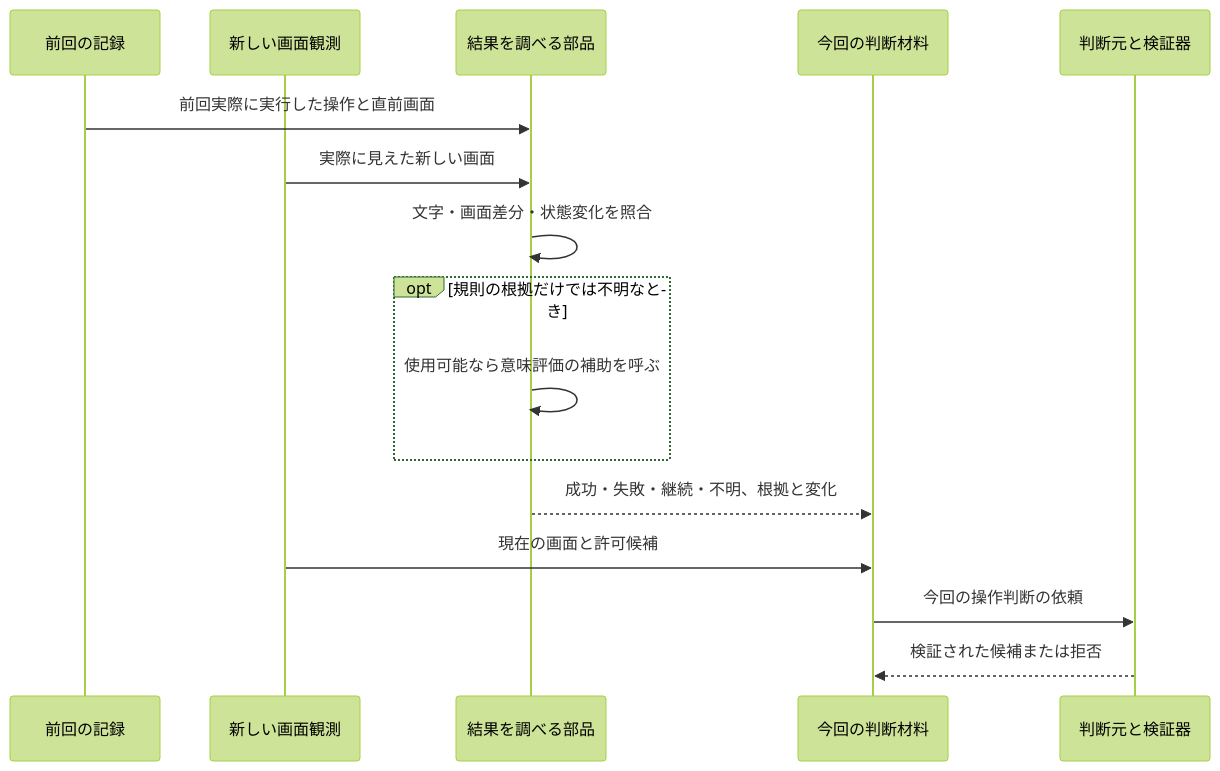
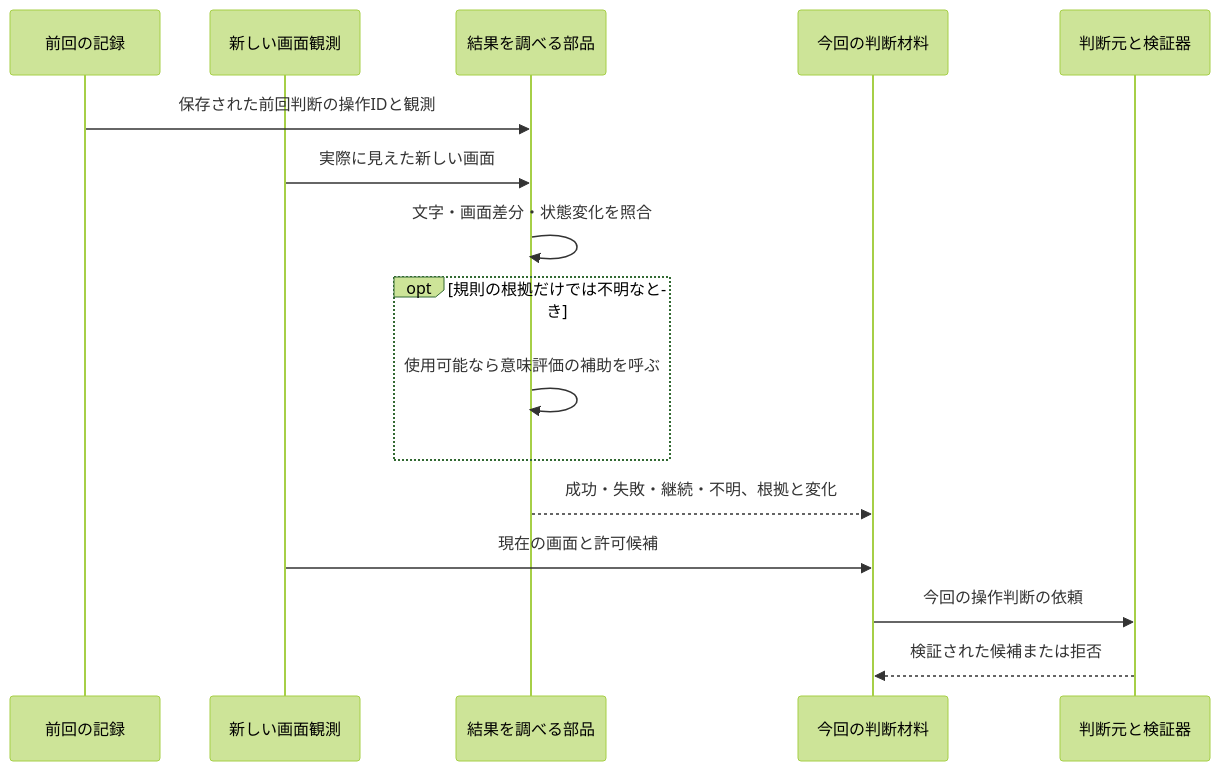
Before and after one commit to tomiya7688/AI_game_player: the second of 2 diagrams in doc/guide/judgment.md, drawn with Mermaid (forest theme). The commit also changed other lines of this file and 1 other file, not shown here.

````diff
--- a/doc/guide/judgment.md
+++ b/doc/guide/judgment.md
@@ -34,18 +34,18 @@
 ```mermaid
 sequenceDiagram
     participant P as 前回の記録
     participant O as 新しい画面観測
     participant R as 結果を調べる部品
     participant D as 今回の判断材料
     participant V as 判断元と検証器
-    P->>R: 前回実際に実行した操作と直前画面
+    P->>R: 保存された前回判断の操作IDと観測
     O->>R: 実際に見えた新しい画面
     R->>R: 文字・画面差分・状態変化を照合
     opt 規則の根拠だけでは不明なとき
         R->>R: 使用可能なら意味評価の補助を呼ぶ
     end
     R-->>D: 成功・失敗・継続・不明、根拠と変化
     O->>D: 現在の画面と許可候補
     D->>V: 今回の操作判断の依頼
     V-->>D: 検証された候補または拒否
 ```
````
